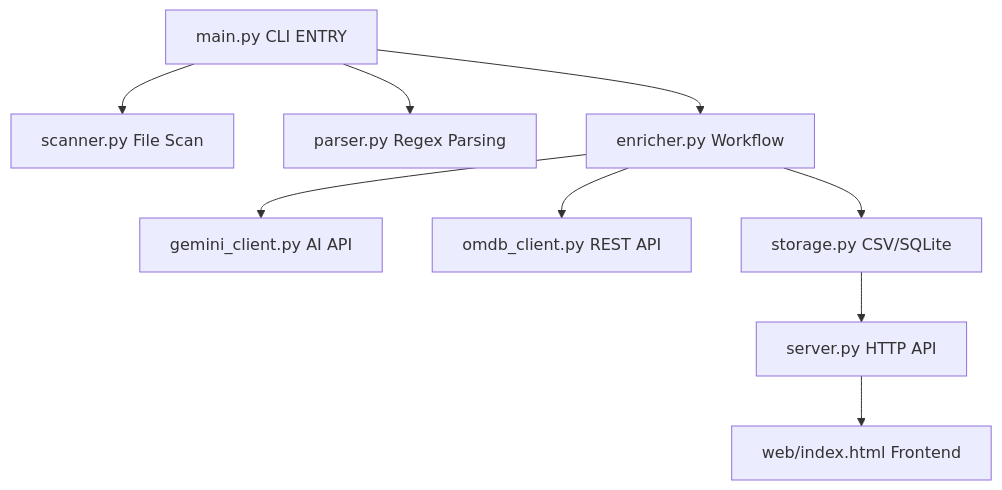
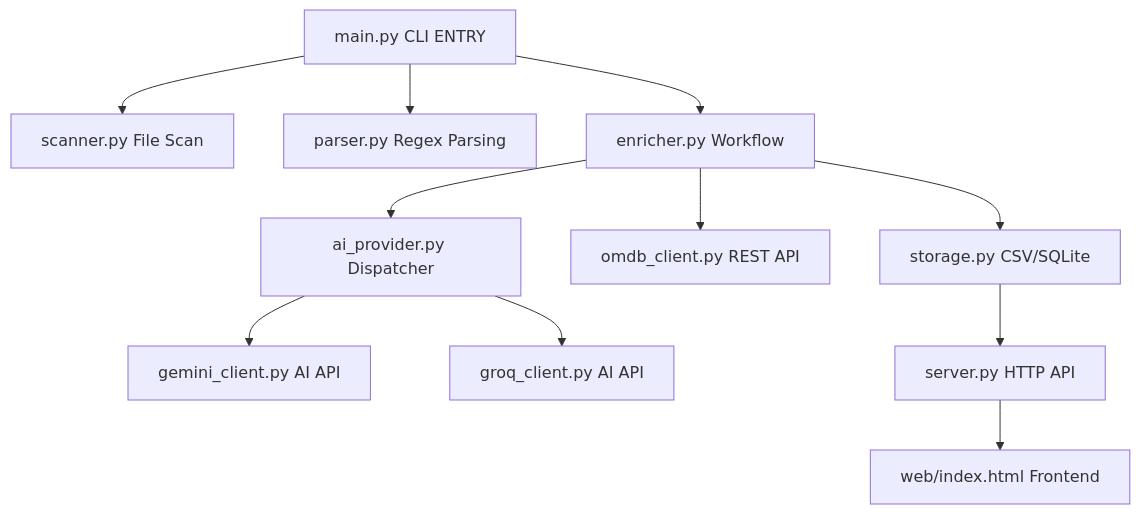
One commit to krishnakanthb13/0_Movie_Project changed the diagram in CODE_DOCUMENTATION.md. Above: the diagram before and after it, drawn with Mermaid. The commit also changed other lines of this file and 4 other files, not shown here.

````diff
--- a/CODE_DOCUMENTATION.md
+++ b/CODE_DOCUMENTATION.md
@@ -9,11 +9,13 @@
 ```mermaid
 graph TD
     A[main.py CLI ENTRY] --> B[scanner.py File Scan]
     A --> C[parser.py Regex Parsing]
     A --> D[enricher.py Workflow]
-    D --> E[gemini_client.py AI API]
+    D --> P[ai_provider.py Dispatcher]
+    P --> E[gemini_client.py AI API]
+    P --> Q[groq_client.py AI API]
     D --> F[omdb_client.py REST API]
     D --> G[storage.py CSV/SQLite]
     G --> H[server.py HTTP API]
     H --> I[web/index.html Frontend]
 ```
````
